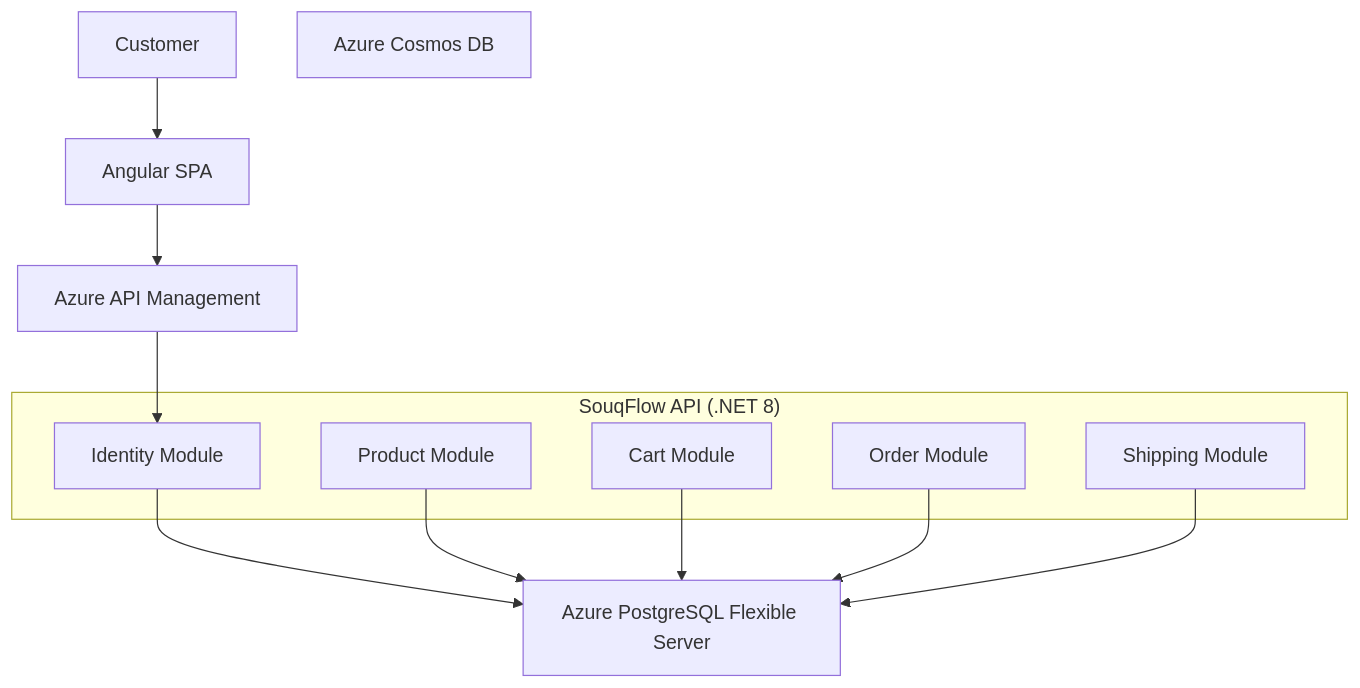
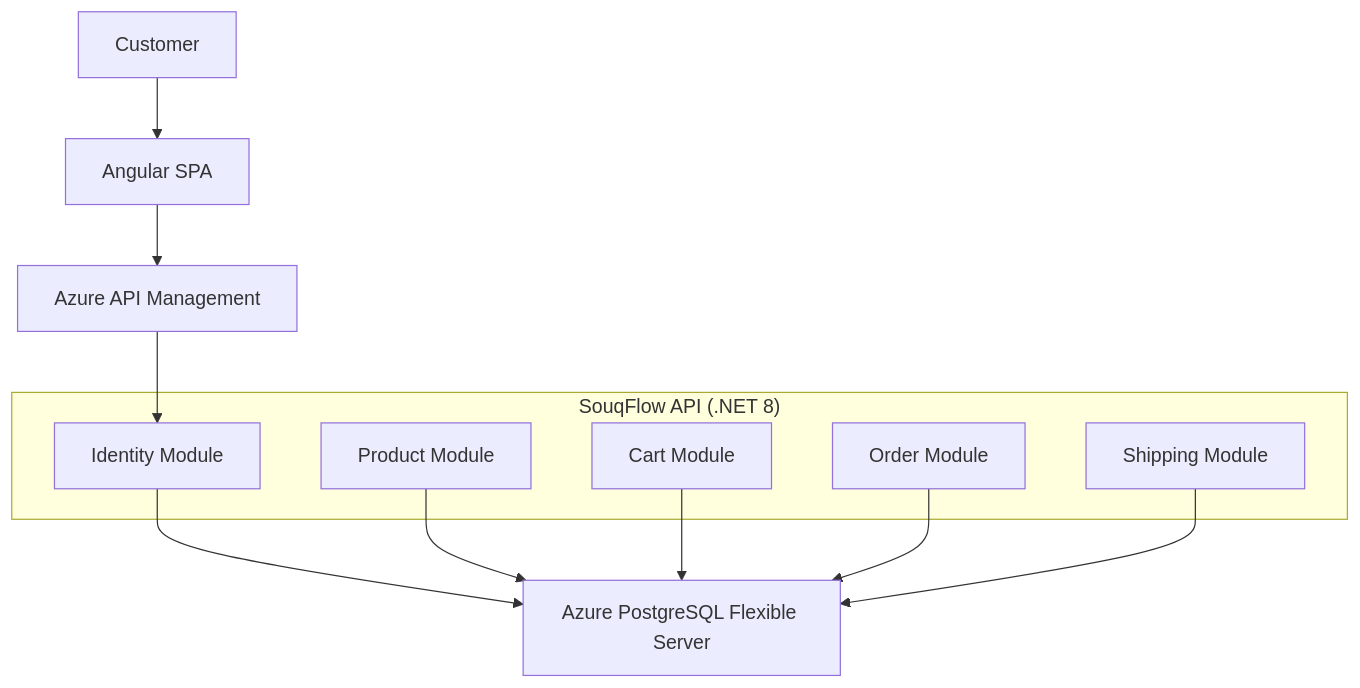
The diagram in README.md (shaikhimran/SouqFlow), drawn with Mermaid before and after one commit.

Commit message:
mermaid 4

````diff
--- a/README.md
+++ b/README.md
@@ -26,31 +26,29 @@
 ```mermaid
 flowchart TD
 
     Customer[Customer]
 
     Angular[Angular SPA]
 
     APIM[Azure API Management]
 
     subgraph SouqFlow["SouqFlow API (.NET 8)"]
         Identity[Identity Module]
         Product[Product Module]
         Cart[Cart Module]
         Order[Order Module]
         Shipping[Shipping Module]
     end
 
     Postgres[Azure PostgreSQL Flexible Server]
 
-    Cosmos[Azure Cosmos DB]
-
     Customer --> Angular
     Angular --> APIM
     APIM --> Identity
 
     Identity --> Postgres
     Product --> Postgres
     Cart --> Postgres
     Order --> Postgres
     Shipping --> Postgres
 ```
````
